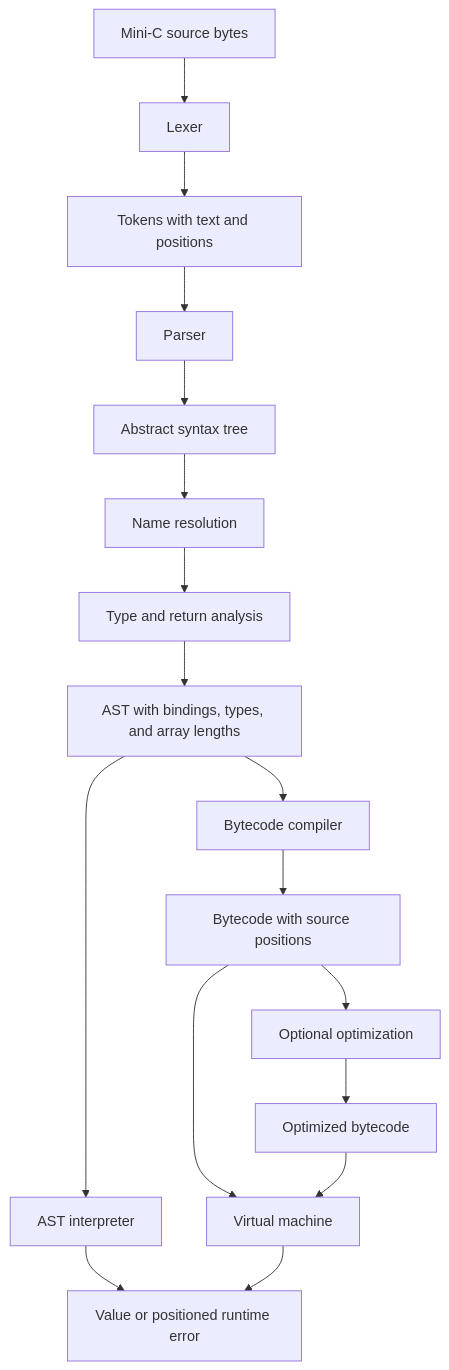
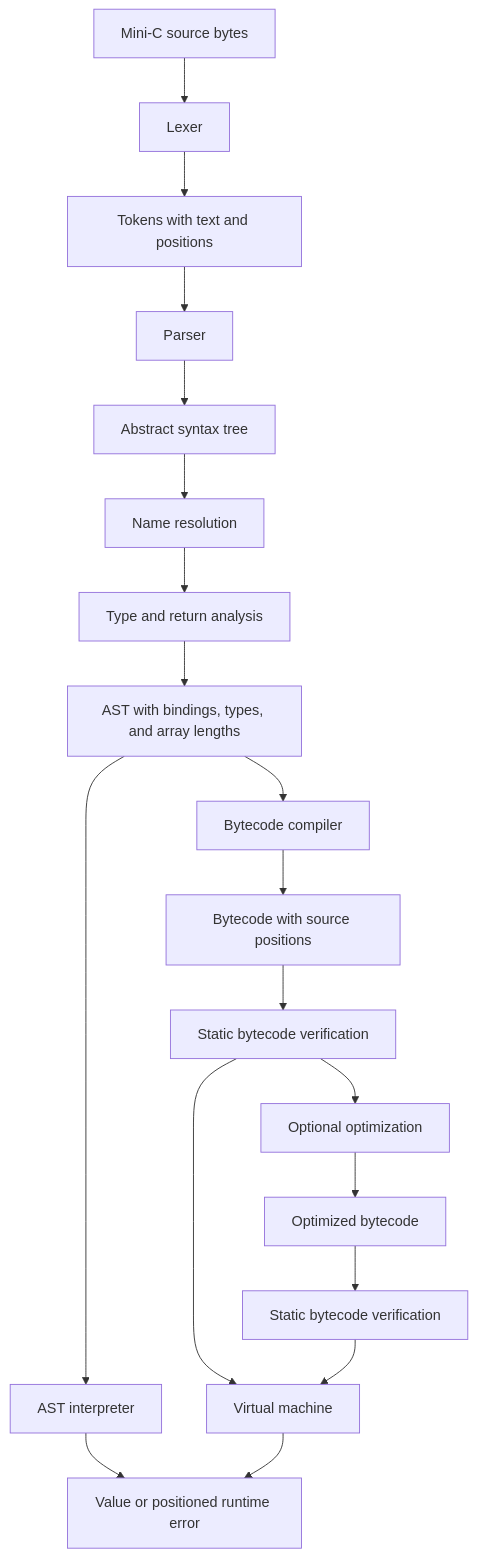
Before and after one commit to adriannoes/compiler-mini-python: the diagram in docs/architecture.md, drawn with Mermaid. The commit also changed other lines of this file and 5 other files, not shown here.

Commit message:
docs: define bytecode verification guarantees and costs

````diff
--- a/docs/architecture.md
+++ b/docs/architecture.md
@@ -10,19 +10,21 @@
 ```mermaid
 flowchart TD
     Source["Mini-C source bytes"] --> Lexer["Lexer"]
     Lexer --> Tokens["Tokens with text and positions"]
     Tokens --> Parser["Parser"]
     Parser --> AST["Abstract syntax tree"]
     AST --> Resolve["Name resolution"]
     Resolve --> Types["Type and return analysis"]
     Types --> Checked["AST with bindings, types, and array lengths"]
     Checked --> Interpreter["AST interpreter"]
     Checked --> Compiler["Bytecode compiler"]
     Compiler --> Code["Bytecode with source positions"]
-    Code --> VM["Virtual machine"]
-    Code --> Optimizer["Optional optimization"]
+    Code --> Verify["Static bytecode verification"]
+    Verify --> VM["Virtual machine"]
+    Verify --> Optimizer["Optional optimization"]
     Optimizer --> Optimized["Optimized bytecode"]
-    Optimized --> VM
+    Optimized --> VerifyOptimized["Static bytecode verification"]
+    VerifyOptimized --> VM
     Interpreter --> Outcome["Value or positioned runtime error"]
     VM --> Outcome
 ```
````
